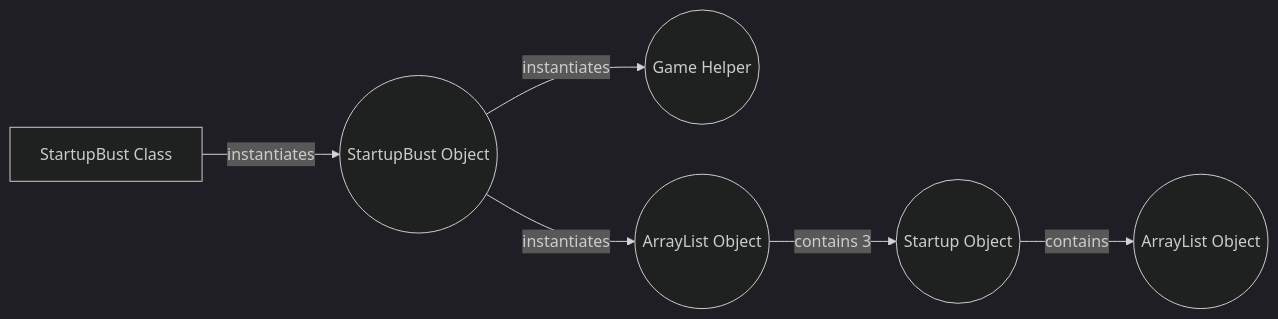
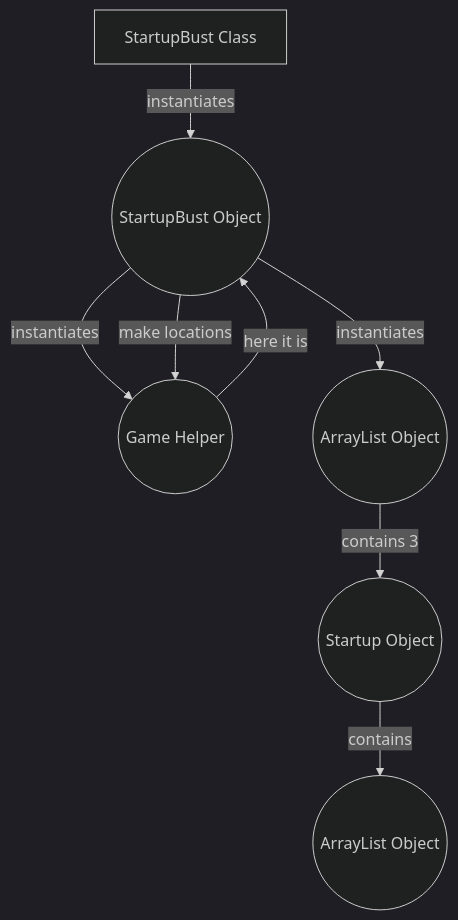
One commit to Guilherme23645/sink-a-startup changed the diagram in README.md. Above: the diagram before and after it, drawn with Mermaid.

Commit message:
chore: update README by changing flowchart's direction to top-down

````diff
--- a/README.md
+++ b/README.md
@@ -3,17 +3,18 @@
 ```mermaid
 ---
 config:
   theme: 'dark'
 ---
-flowchart LR
+flowchart TD
     bustcls[StartupBust Class]
     bustobj((StartupBust Object))
     gamehobj((Game Helper))
     arrlstobj1((ArrayList Object))
     startupobj((Startup Object))
     arrlstobj2((ArrayList Object))
     bustcls -- instantiates --> bustobj
     bustobj -- instantiates --> gamehobj & arrlstobj1
     arrlstobj1 -- contains 3 -->  startupobj
     startupobj -- contains --> arrlstobj2
+    bustobj -- make locations --> gamehobj -- here it is --> bustobj
 ```
````
